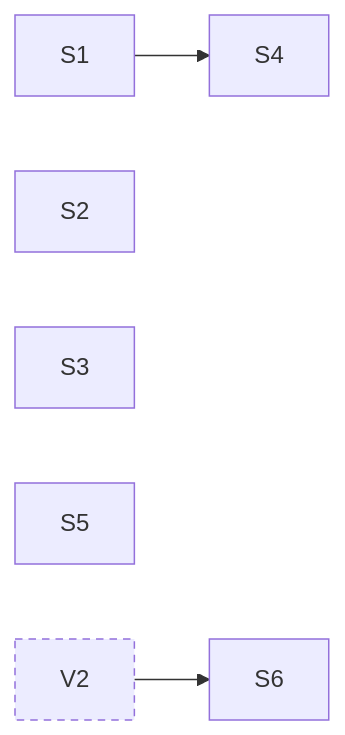
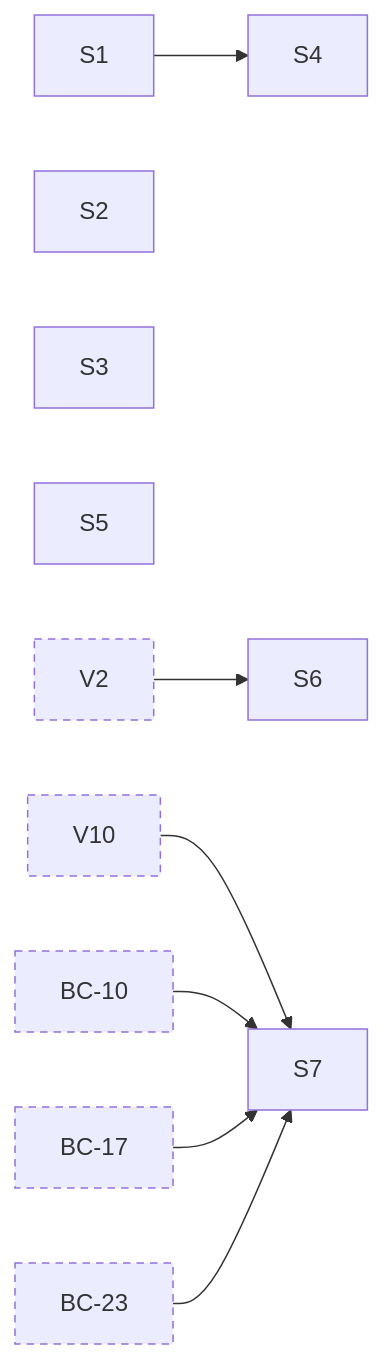
Before and after one commit to jhoblitt/rgw-go: the second of 10 diagrams in docs/superpowers/plans/2026-10-13-phase-2/dependencies.md, drawn with Mermaid. The commit also changed other lines of this file, not shown here.

Commit message:
docs(plan): regenerate the phase 2 dependency graph for S7
S7 depends on V10, BC-17, BC-23 and BC-10, so the shared tasks' graph
gains it and four edges, and the unit graph counts them.

````diff
--- a/docs/superpowers/plans/2026-10-13-phase-2/dependencies.md
+++ b/docs/superpowers/plans/2026-10-13-phase-2/dependencies.md
@@ -52,20 +53,34 @@
 ```mermaid
 flowchart LR
   t_S1["S1"]
   t_S2["S2"]
   t_S3["S3"]
   t_S4["S4"]
   t_S5["S5"]
   t_S6["S6"]
+  t_S7["S7"]
   t_V2["V2"]:::ext
+  t_V10["V10"]:::ext
+  t_BC_10["BC-10"]:::ext
+  t_BC_17["BC-17"]:::ext
+  t_BC_23["BC-23"]:::ext
   t_S1 --> t_S4
   t_V2 --> t_S6
+  t_V10 --> t_S7
+  t_BC_10 --> t_S7
+  t_BC_17 --> t_S7
+  t_BC_23 --> t_S7
   click t_S1 href "https://github.com/jhoblitt/rgw-go/blob/main/docs/superpowers/plans/2026-10-13-phase-2/00-index.md#task-s1-fakeradoss-rgw-class-as-method-tables" "S1: fakerados's rgw class as method tables"
   click t_S2 href "https://github.com/jhoblitt/rgw-go/blob/main/docs/superpowers/plans/2026-10-13-phase-2/00-index.md#task-s2-route-sets-per-feature-and-the-env-slots" "S2: route sets per feature and the Env slots"
   click t_S3 href "https://github.com/jhoblitt/rgw-go/blob/main/docs/superpowers/plans/2026-10-13-phase-2/00-index.md#task-s3-one-aws-correct-ispublic" "S3: one AWS-correct IsPublic"
   click t_S4 href "https://github.com/jhoblitt/rgw-go/blob/main/docs/superpowers/plans/2026-10-13-phase-2/00-index.md#task-s4-fakerados-refuses-an-unregistered-class-method-at-op-setup" "S4: fakerados refuses an unregistered class method at op setup"
   click t_S5 href "https://github.com/jhoblitt/rgw-go/blob/main/docs/superpowers/plans/2026-10-13-phase-2/00-index.md#task-s5-ignorepublicacls-ignores-swifts-public-container-grants" "S5: IgnorePublicAcls ignores Swift's public container grants"
   click t_S6 href "https://github.com/jhoblitt/rgw-go/blob/main/docs/superpowers/plans/2026-10-13-phase-2/00-index.md#task-s6-one-choose_from" "S6: one choose_from"
+  click t_S7 href "https://github.com/jhoblitt/rgw-go/blob/main/docs/superpowers/plans/2026-10-13-phase-2/00-index.md#task-s7-one-schema-scanner-for-s3-xml-request-bodies" "S7: one schema scanner for S3 XML request bodies"
   click t_V2 href "https://github.com/jhoblitt/rgw-go/blob/main/docs/superpowers/plans/2026-10-13-phase-2/V-versioning.md#task-v2-meta-olh-head-types-and-bucket-helpers" "V2: meta OLH head types and bucket helpers"
+  click t_V10 href "https://github.com/jhoblitt/rgw-go/blob/main/docs/superpowers/plans/2026-10-13-phase-2/V-versioning.md#task-v10-op-and-s3-putbucketversioning-and-getbucketversioning" "V10: op and s3, PutBucketVersioning and GetBucketVersioning"
+  click t_BC_10 href "https://github.com/jhoblitt/rgw-go/blob/main/docs/superpowers/plans/2026-10-13-phase-2/B-bucket-config.md#task-bc-10-website-semantics-and-xml" "BC-10: Website semantics and XML"
+  click t_BC_17 href "https://github.com/jhoblitt/rgw-go/blob/main/docs/superpowers/plans/2026-10-13-phase-2/B-bucket-config.md#task-bc-17-block-xml" "BC-17: Block XML"
+  click t_BC_23 href "https://github.com/jhoblitt/rgw-go/blob/main/docs/superpowers/plans/2026-10-13-phase-2/B-bucket-config.md#task-bc-23-encryption-configuration-type" "BC-23: Encryption configuration type"
   classDef ext stroke-dasharray: 5 4
 ```
````
